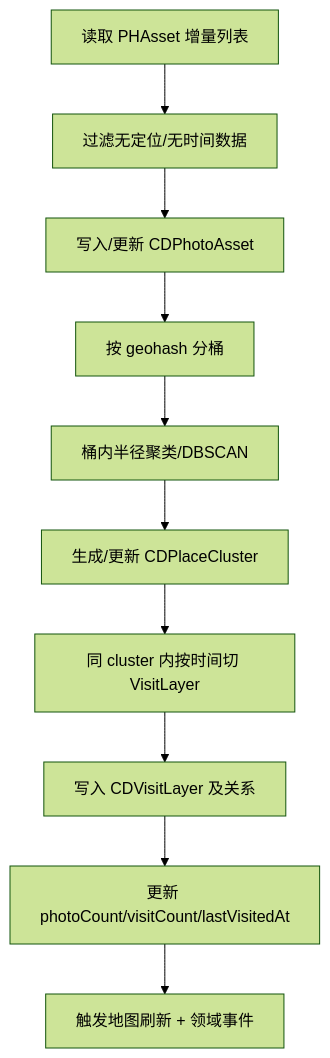
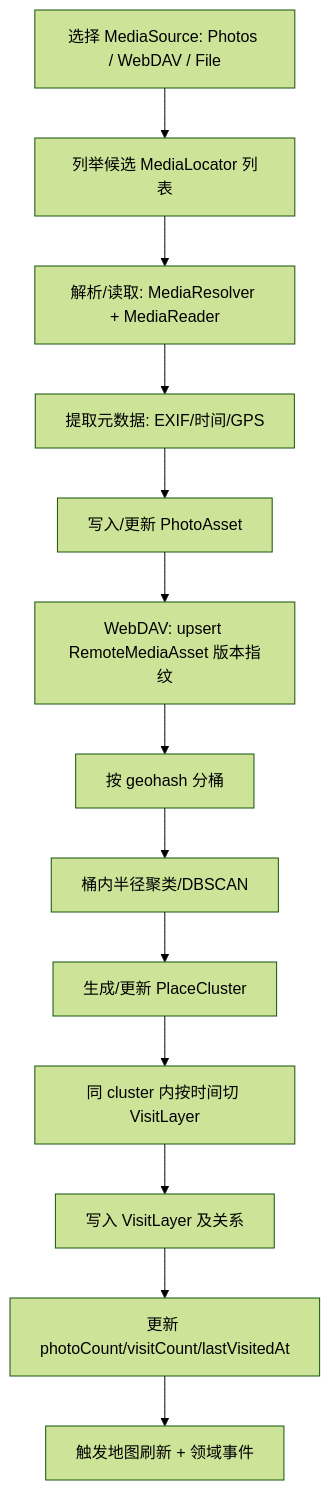
One commit to helinxuan/wakelight changed the third of 5 diagrams in ARCHITECTURE_WAKELIGHT.md. Above: the diagram before and after it, drawn with Mermaid (forest theme). The commit also changed other lines of this file and 28 other files, not shown here.

````diff
--- a/ARCHITECTURE_WAKELIGHT.md
+++ b/ARCHITECTURE_WAKELIGHT.md
@@ -368,12 +381,15 @@
 ```mermaid
 flowchart TD
-  A[读取 PHAsset 增量列表] --> B[过滤无定位/无时间数据]
-  B --> C[写入/更新 CDPhotoAsset]
-  C --> D[按 geohash 分桶]
-  D --> E[桶内半径聚类/DBSCAN]
-  E --> F[生成/更新 CDPlaceCluster]
-  F --> G[同 cluster 内按时间切 VisitLayer]
-  G --> H[写入 CDVisitLayer 及关系]
-  H --> I[更新 photoCount/visitCount/lastVisitedAt]
-  I --> J[触发地图刷新 + 领域事件]
+  A[选择 MediaSource: Photos / WebDAV / File] --> B[列举候选 MediaLocator 列表]
+  B --> C[解析/读取: MediaResolver + MediaReader]
+  C --> D[提取元数据: EXIF/时间/GPS]
+  D --> E[写入/更新 PhotoAsset]
+  E --> F[WebDAV: upsert RemoteMediaAsset 版本指纹]
+  F --> G[按 geohash 分桶]
+  G --> H[桶内半径聚类/DBSCAN]
+  H --> I[生成/更新 PlaceCluster]
+  I --> J[同 cluster 内按时间切 VisitLayer]
+  J --> K[写入 VisitLayer 及关系]
+  K --> L[更新 photoCount/visitCount/lastVisitedAt]
+  L --> M[触发地图刷新 + 领域事件]
 ```
````
